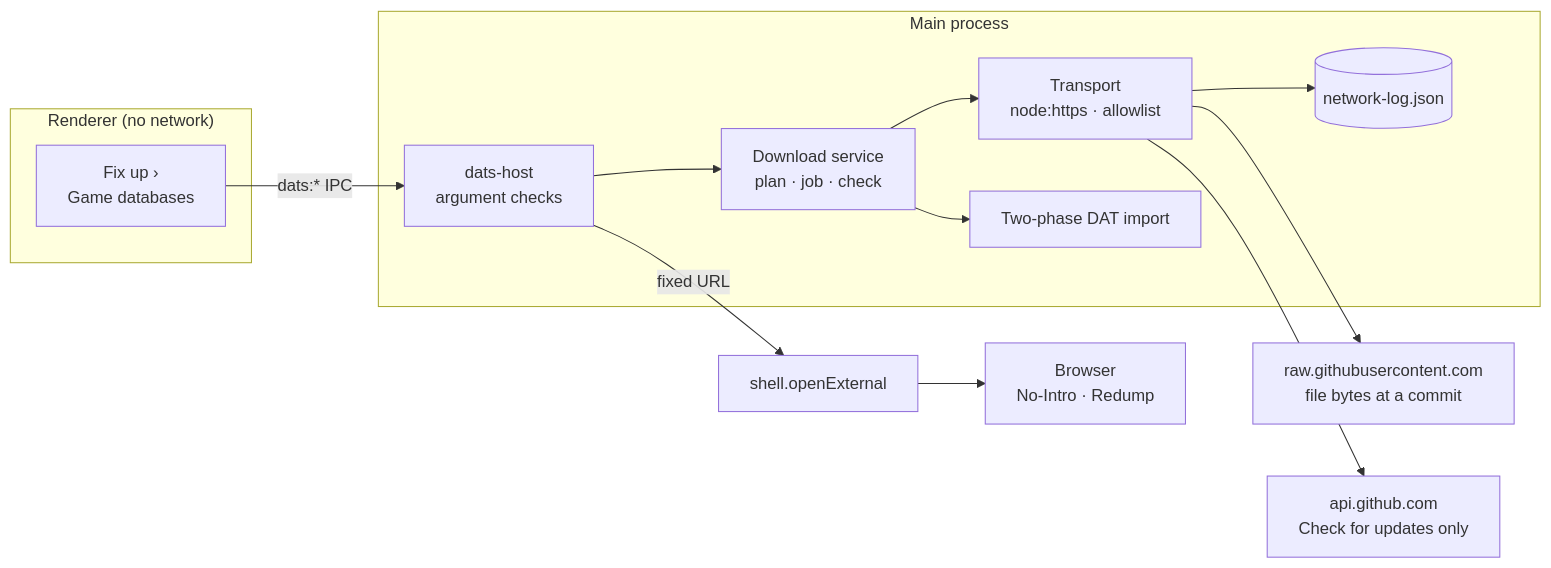
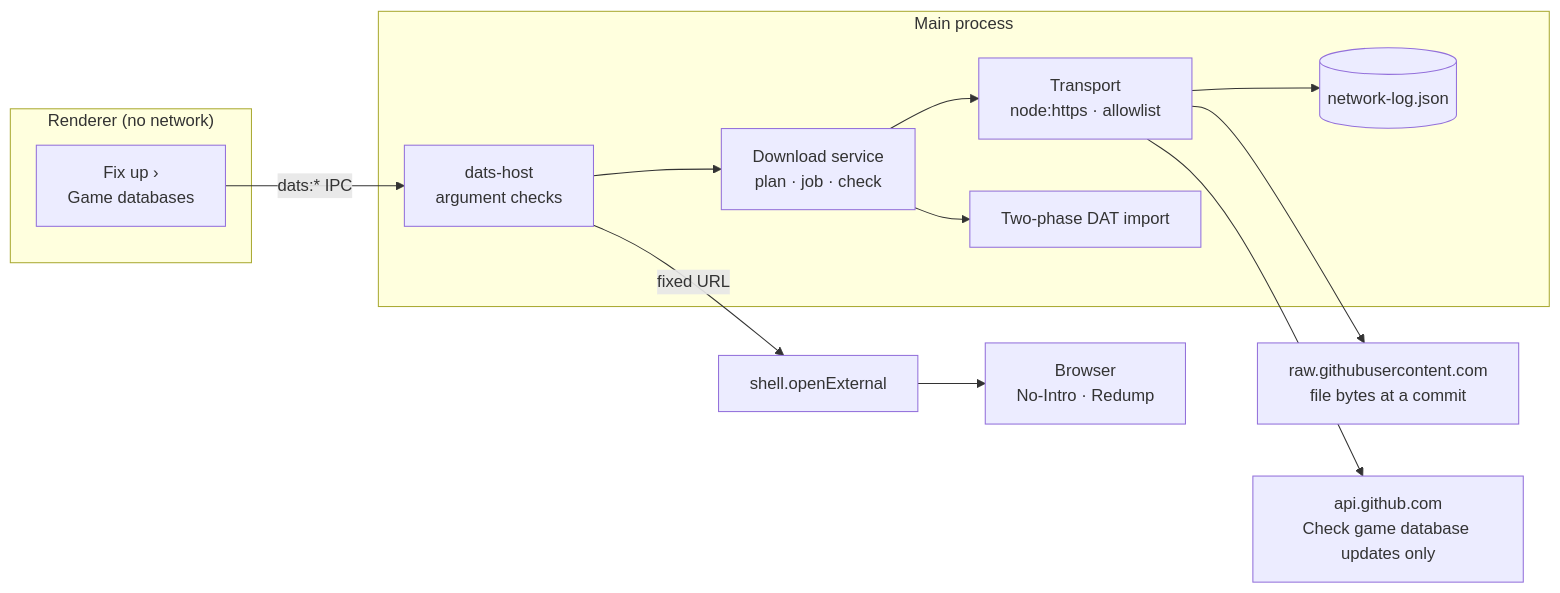
Diagram 14 of 19 in docs/architecture.md (MakerCorn/romperoom-releases), drawn with Mermaid before and after one commit. The commit also changed other lines of this file and 22 other files, not shown here.

````diff
--- a/docs/architecture.md
+++ b/docs/architecture.md
@@ -1559,20 +1614,20 @@
 ```mermaid
 flowchart LR
   subgraph R["Renderer (no network)"]
     P["Fix up ›<br/>Game databases"]
   end
   subgraph M["Main process"]
     H["dats-host<br/>argument checks"]
     SV["Download service<br/>plan · job · check"]
     T["Transport<br/>node:https · allowlist"]
     L[("network-log.json")]
     I["Two-phase DAT import"]
   end
   P -- "dats:* IPC" --> H
   H --> SV --> T
   T --> RAW["raw.githubusercontent.com<br/>file bytes at a commit"]
-  T --> API["api.github.com<br/>Check for updates only"]
+  T --> API["api.github.com<br/>Check game database updates only"]
   T --> L
   SV --> I
   H -- "fixed URL" --> X["shell.openExternal"] --> B["Browser<br/>No-Intro · Redump"]
 ```
````
